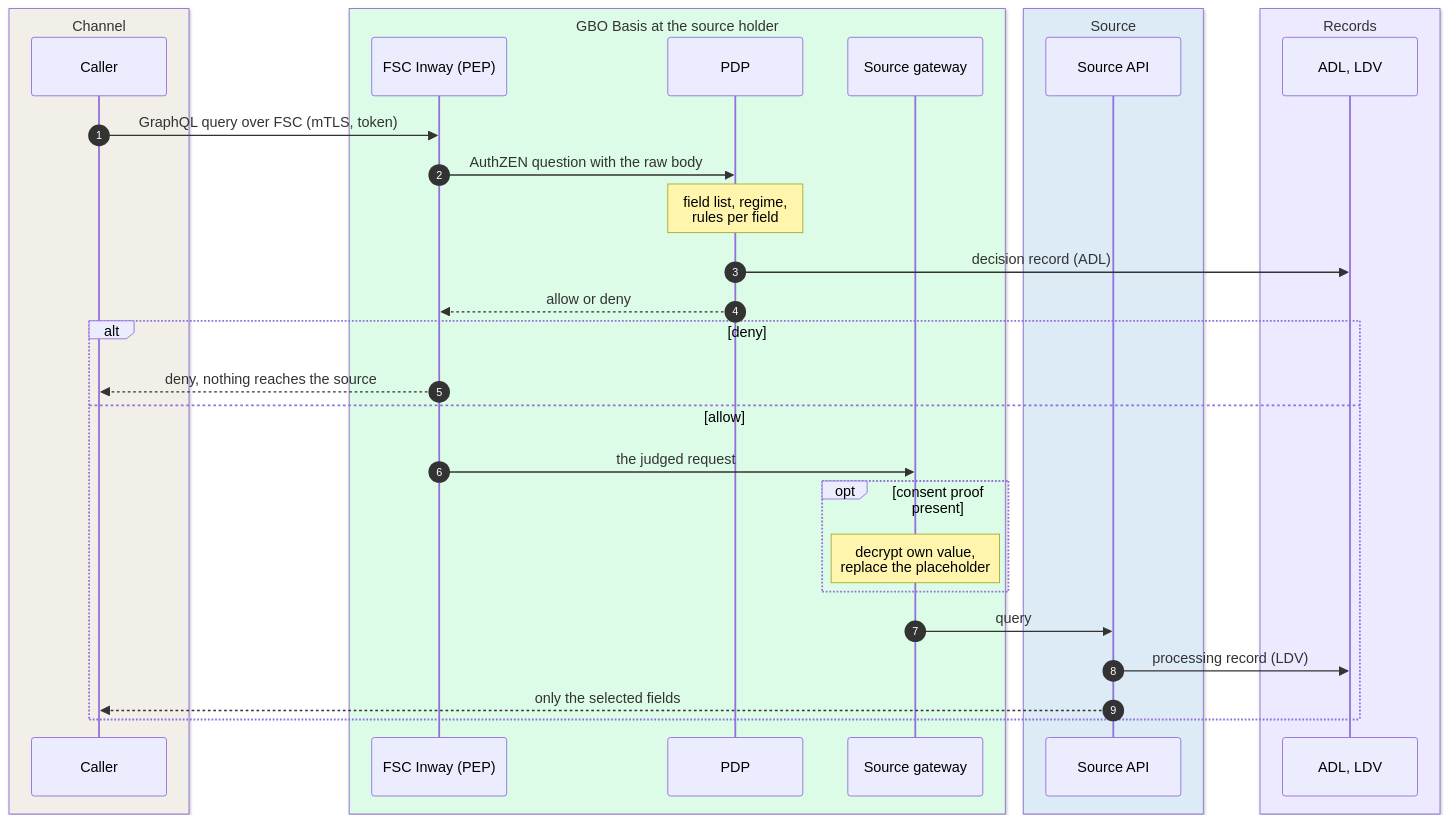
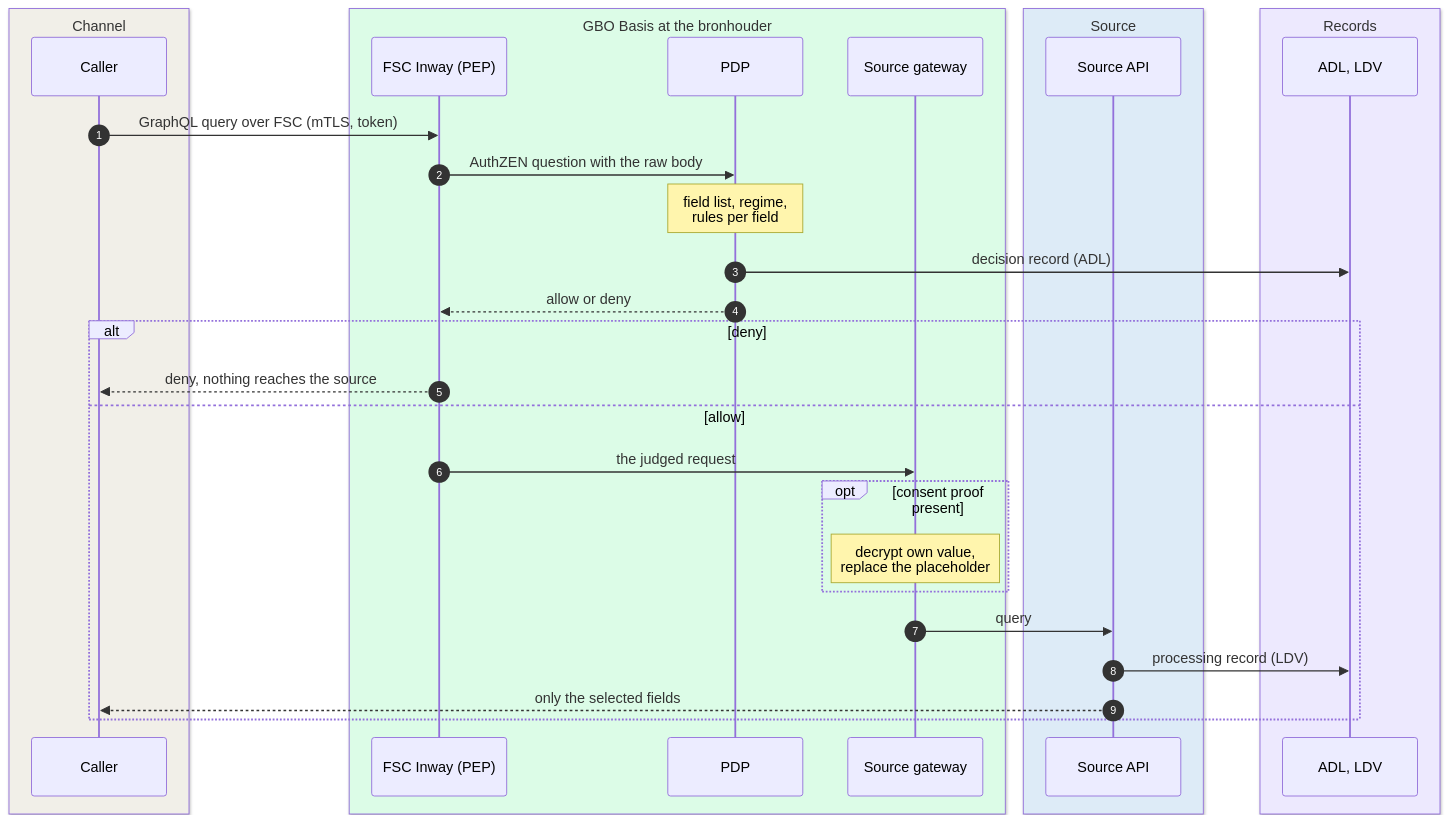
The second of 3 diagrams in docs/building-blocks/gbo-basis/index.md (ICTU/GBO-TO), drawn with Mermaid before and after one commit. The commit also changed other lines of this file and 62 other files, not shown here.

````diff
--- a/docs/building-blocks/gbo-basis/index.md
+++ b/docs/building-blocks/gbo-basis/index.md
@@ -108,34 +108,34 @@
 ```mermaid
 sequenceDiagram
   autonumber
   box rgb(241,239,232) Channel
     participant C as Caller
   end
-  box rgb(220,252,231) GBO Basis at the source holder
+  box rgb(220,252,231) GBO Basis at the bronhouder
     participant IN as FSC Inway (PEP)
     participant PDP as PDP
     participant GW as Source gateway
   end
   box rgb(221,235,247) Source
     participant API as Source API
   end
   box rgb(237,233,254) Records
     participant R as ADL, LDV
   end
   C->>IN: GraphQL query over FSC (mTLS, token)
   IN->>PDP: AuthZEN question with the raw body
   Note over PDP: field list, regime,<br/>rules per field
   PDP->>R: decision record (ADL)
   PDP-->>IN: allow or deny
   alt deny
     IN-->>C: deny, nothing reaches the source
   else allow
     IN->>GW: the judged request
     opt consent proof present
       Note over GW: decrypt own value,<br/>replace the placeholder
     end
     GW->>API: query
     API->>R: processing record (LDV)
     API-->>C: only the selected fields
   end
 ```
````
